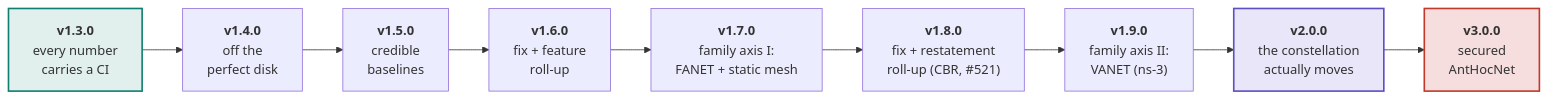
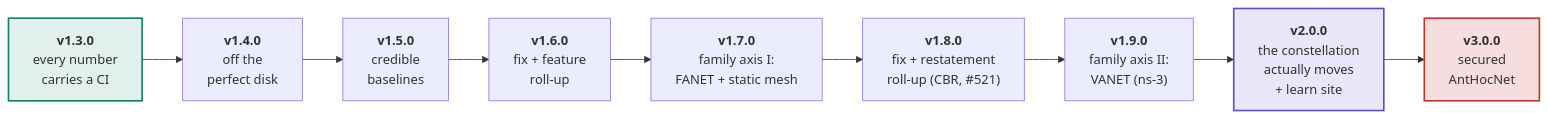
The first of 2 diagrams in docs/roadmap.md (danieljoppi/AntHocNet), drawn with Mermaid before and after one commit. The commit also changed other lines of this file and 6 other files, not shown here.

First line of the commit message:
ci(docs): keep charts and the Pages site current automatically; roadmap adds the learn site to v2.0.0

````diff
--- a/docs/roadmap.md
+++ b/docs/roadmap.md
@@ -40,18 +40,18 @@
 ```mermaid
 flowchart LR
     V13["<b>v1.3.0</b><br/>every number<br/>carries a CI"]
     V14["<b>v1.4.0</b><br/>off the<br/>perfect disk"]
     V15["<b>v1.5.0</b><br/>credible<br/>baselines"]
     V16["<b>v1.6.0</b><br/>fix + feature<br/>roll-up"]
     V17["<b>v1.7.0</b><br/>family axis I:<br/>FANET + static mesh"]
     V18["<b>v1.8.0</b><br/>fix + restatement<br/>roll-up (CBR, #521)"]
     V19["<b>v1.9.0</b><br/>family axis II:<br/>VANET (ns-3)"]
-    V20["<b>v2.0.0</b><br/>the constellation<br/>actually moves"]
+    V20["<b>v2.0.0</b><br/>the constellation<br/>actually moves<br/>+ learn site"]
     V30["<b>v3.0.0</b><br/>secured<br/>AntHocNet"]
 
     V13 --> V14 --> V15 --> V16 --> V17 --> V18 --> V19 --> V20 --> V30
 
     style V13 fill:#e2f0ed,stroke:#0f7f70,stroke-width:2px
     style V20 fill:#e8e6f8,stroke:#5b4fc4,stroke-width:2px
     style V30 fill:#f6dede,stroke:#c0392b,stroke-width:2px
 ```
````
